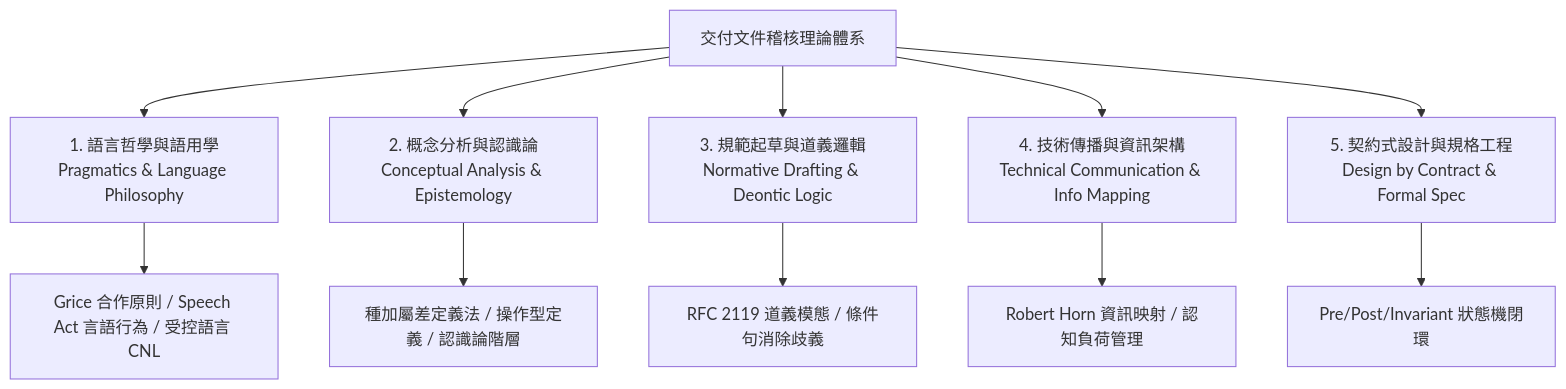
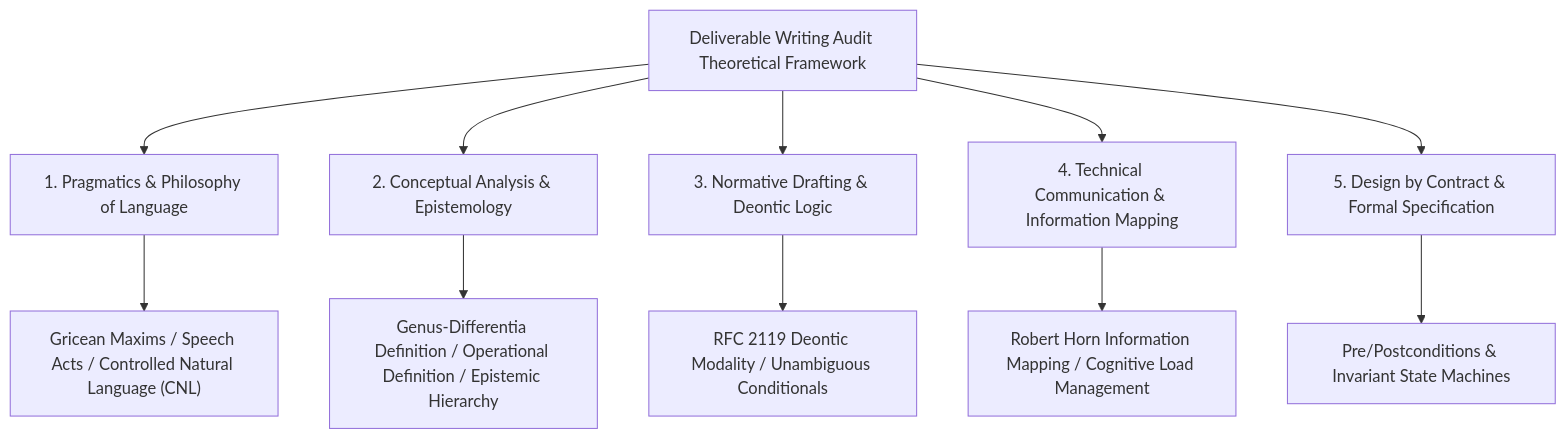
The diagram in skills/deliverable-writing-audit/references/methodology-grounding.md (jpn0424/agent-discipline), drawn with Mermaid before and after one commit. The commit also changed other lines of this file and 77 other files, not shown here.

````diff
--- a/skills/deliverable-writing-audit/references/methodology-grounding.md
+++ b/skills/deliverable-writing-audit/references/methodology-grounding.md
@@ -13,14 +13,14 @@
 ```mermaid
 graph TD
-    A[交付文件稽核理論體系] --> B[1. 語言哲學與語用學<br>Pragmatics & Language Philosophy]
-    A --> C[2. 概念分析與認識論<br>Conceptual Analysis & Epistemology]
-    A --> D[3. 規範起草與道義邏輯<br>Normative Drafting & Deontic Logic]
-    A --> E[4. 技術傳播與資訊架構<br>Technical Communication & Info Mapping]
-    A --> F[5. 契約式設計與規格工程<br>Design by Contract & Formal Spec]
+    A["Deliverable Writing Audit Theoretical Framework"] --> B["1. Pragmatics & Philosophy of Language"]
+    A --> C["2. Conceptual Analysis & Epistemology"]
+    A --> D["3. Normative Drafting & Deontic Logic"]
+    A --> E["4. Technical Communication & Information Mapping"]
+    A --> F["5. Design by Contract & Formal Specification"]
     
-    B --> B1[Grice 合作原則 / Speech Act 言語行為 / 受控語言 CNL]
-    C --> C1[種加屬差定義法 / 操作型定義 / 認識論階層]
-    D --> D1[RFC 2119 道義模態 / 條件句消除歧義]
-    E --> E1[Robert Horn 資訊映射 / 認知負荷管理]
-    F --> F1[Pre/Post/Invariant 狀態機閉環]
+    B --> B1["Gricean Maxims / Speech Acts / Controlled Natural Language (CNL)"]
+    C --> C1["Genus-Differentia Definition / Operational Definition / Epistemic Hierarchy"]
+    D --> D1["RFC 2119 Deontic Modality / Unambiguous Conditionals"]
+    E --> E1["Robert Horn Information Mapping / Cognitive Load Management"]
+    F --> F1["Pre/Postconditions & Invariant State Machines"]
 ```
````
